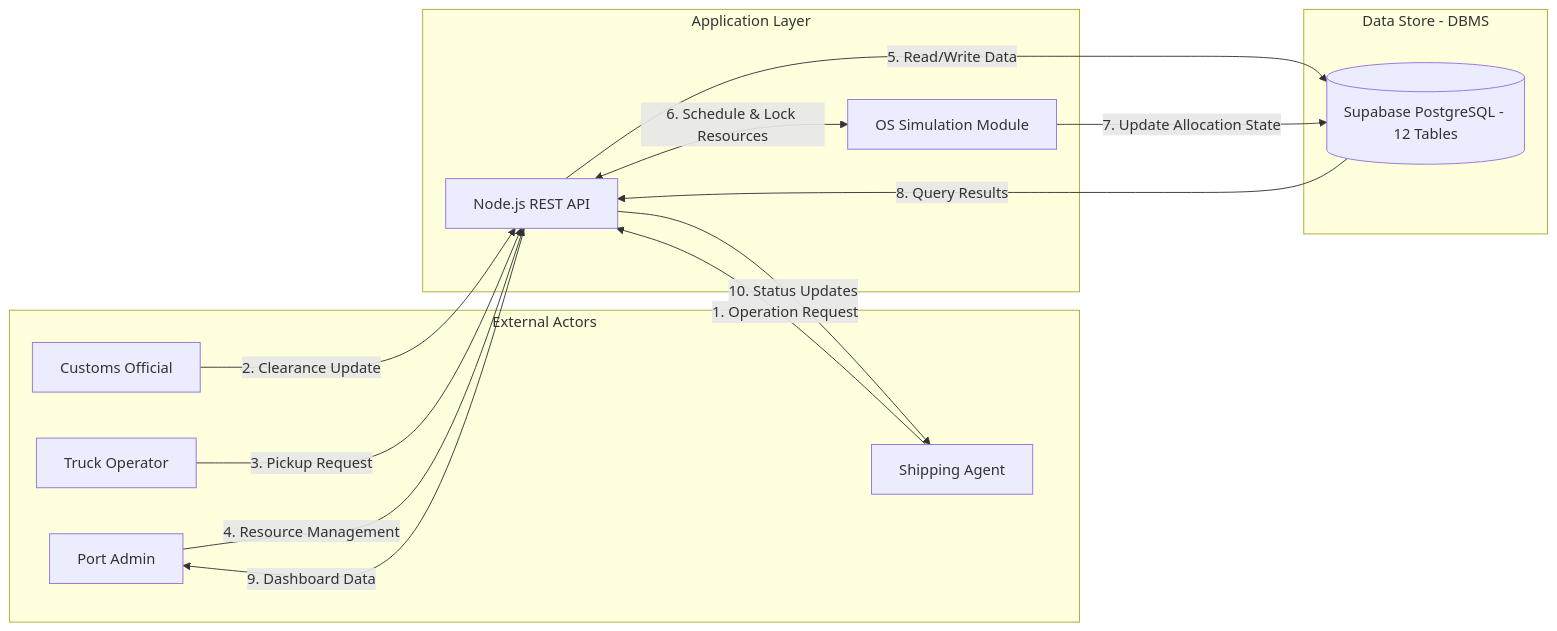
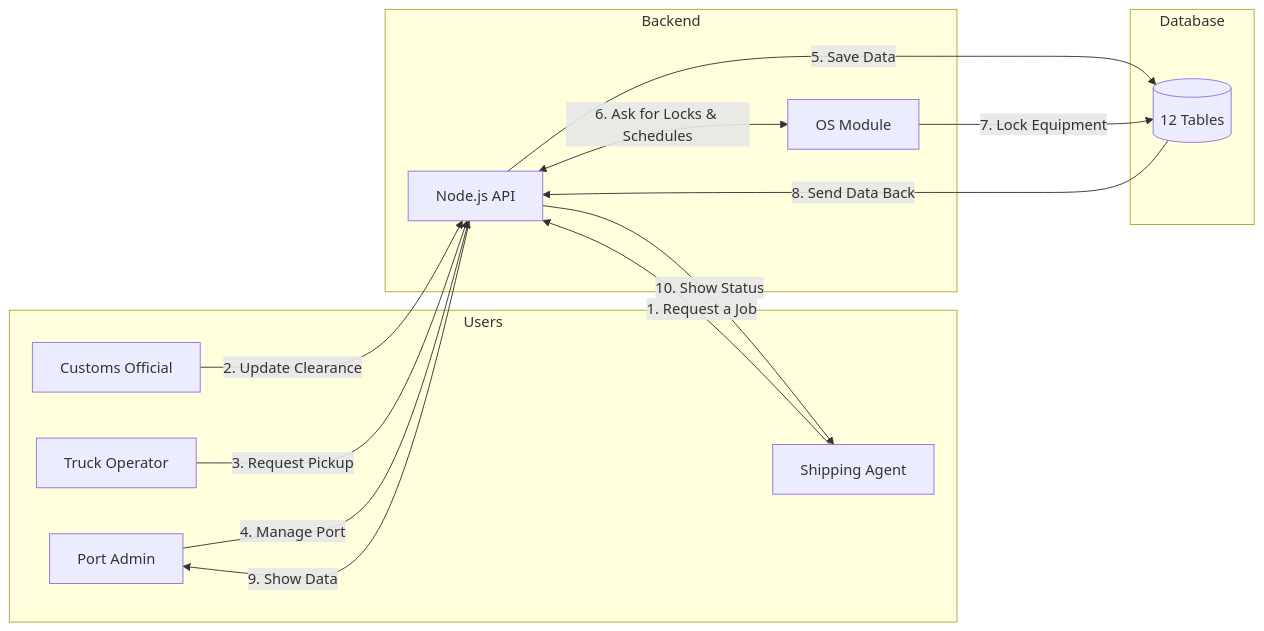
The seventh of 8 diagrams in README.md (Sujalkathait/PortFlow), drawn with Mermaid before and after one commit. The commit also changed other lines of this file, not shown here.

````diff
--- a/README.md
+++ b/README.md
@@ -579,29 +549,29 @@
 ```mermaid
 graph LR
-    subgraph External Actors
+    subgraph Users
         Admin[Port Admin]
         Agent[Shipping Agent]
         Customs_Officer[Customs Official]
         Truck_Driver[Truck Operator]
     end
 
-    subgraph Application Layer
-        API[Node.js REST API]
-        OS_Mod[OS Simulation Module]
+    subgraph Backend
+        API[Node.js API]
+        OS_Mod[OS Module]
     end
 
-    subgraph Data Store - DBMS
-        DB[(Supabase PostgreSQL - 12 Tables)]
+    subgraph Database
+        DB[(12 Tables)]
     end
 
-    Agent -->|1. Operation Request| API
-    Customs_Officer -->|2. Clearance Update| API
-    Truck_Driver -->|3. Pickup Request| API
-    Admin -->|4. Resource Management| API
-    API -->|5. Read/Write Data| DB
-    API <-->|6. Schedule & Lock Resources| OS_Mod
-    OS_Mod -->|7. Update Allocation State| DB
-    DB -->|8. Query Results| API
-    API -->|9. Dashboard Data| Admin
-    API -->|10. Status Updates| Agent
+    Agent -->|1. Request a Job| API
+    Customs_Officer -->|2. Update Clearance| API
+    Truck_Driver -->|3. Request Pickup| API
+    Admin -->|4. Manage Port| API
+    API -->|5. Save Data| DB
+    API <-->|6. Ask for Locks & Schedules| OS_Mod
+    OS_Mod -->|7. Lock Equipment| DB
+    DB -->|8. Send Data Back| API
+    API -->|9. Show Data| Admin
+    API -->|10. Show Status| Agent
 ```
````
